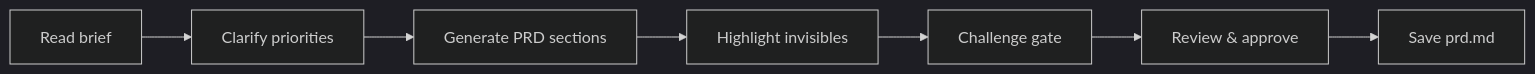
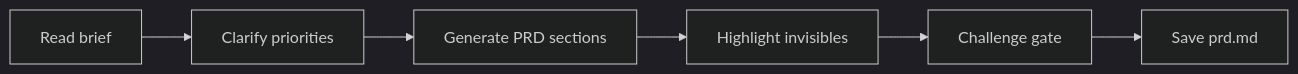
One commit to ai-driven-dev/framework changed the diagram in skills/pm-prd/SKILL.md. Above: the diagram before and after it, drawn with Mermaid (dark theme). The commit also changed other lines of this file and 32 other files, not shown here.

First line of the commit message:
refactor: simplify agents, enforce template adherence, align flows with courses

````diff
--- a/skills/pm-prd/SKILL.md
+++ b/skills/pm-prd/SKILL.md
@@ -32,4 +33,4 @@
 ```mermaid
 flowchart LR
-    A[Read brief] --> B[Clarify priorities] --> C[Generate PRD sections] --> D[Highlight invisibles] --> E[Challenge gate] --> F[Review & approve] --> G[Save prd.md]
+    A[Read brief] --> B[Clarify priorities] --> C[Generate PRD sections] --> D[Highlight invisibles] --> E[Challenge gate] --> F[Save prd.md]
 ```
````
